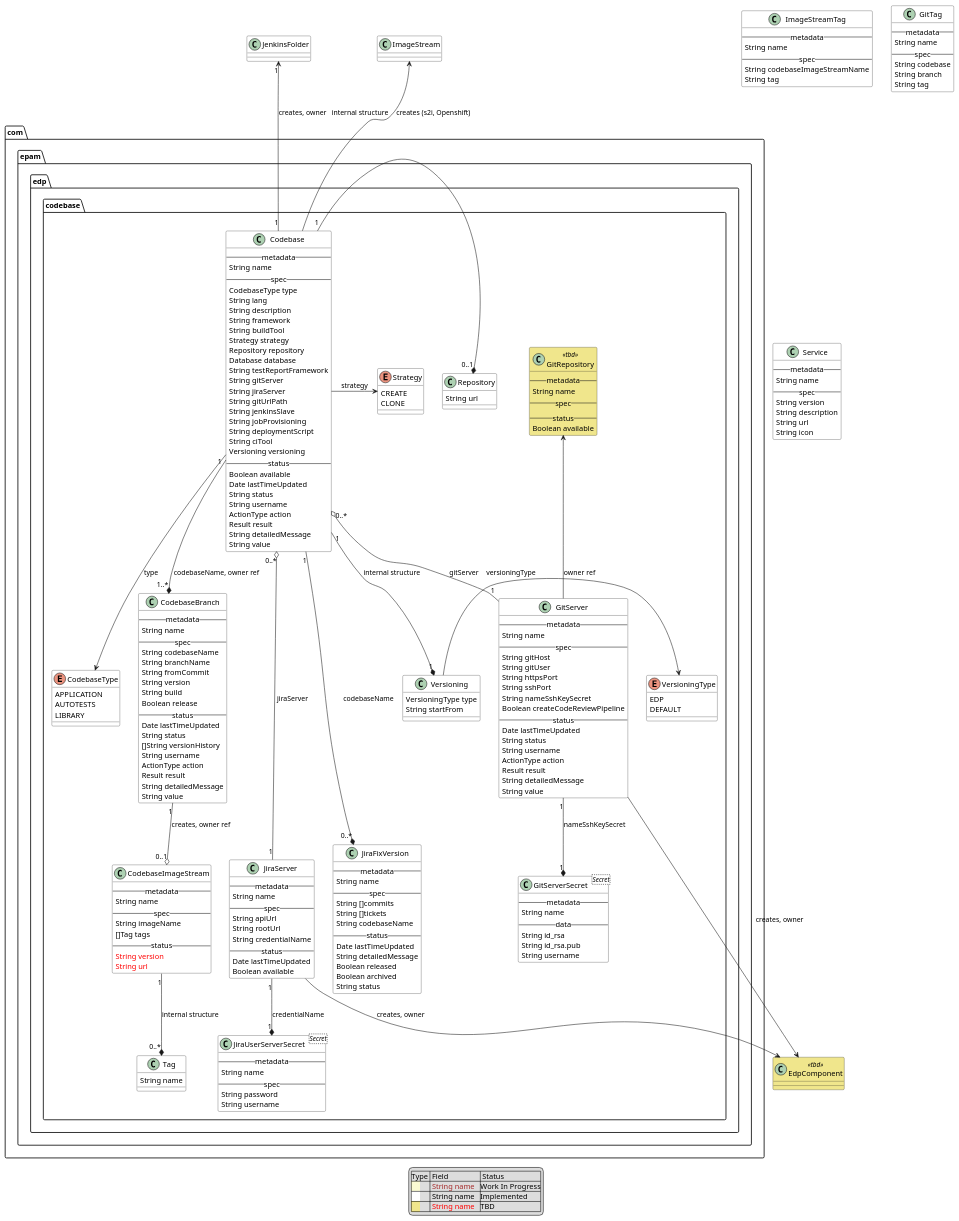
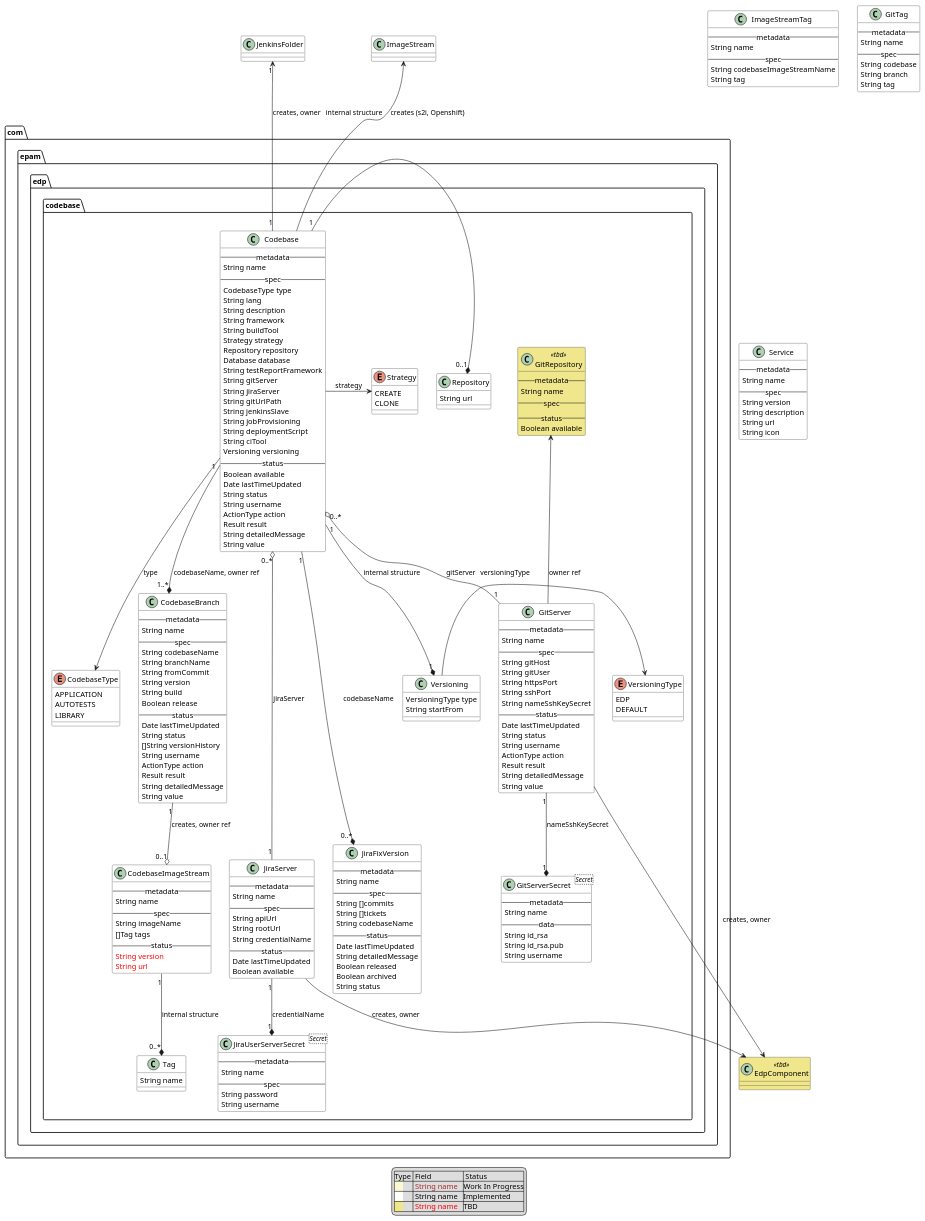
The diagram in documentation/puml/arch.puml (epam/edp-codebase-operator), drawn with PlantUML before and after one commit. The commit also changed 6 other files, not shown here.

First line of the commit message:
[EPMDEDP-10156]: refactor: Remove createCodeReviewPipeline in Codebase

```diff
--- a/documentation/puml/arch.puml
+++ b/documentation/puml/arch.puml
@@ -119,7 +119,6 @@
         String httpsPort
         String sshPort
         String nameSshKeySecret
-        Boolean createCodeReviewPipeline
     -- status --
         Date lastTimeUpdated
         String status
```
